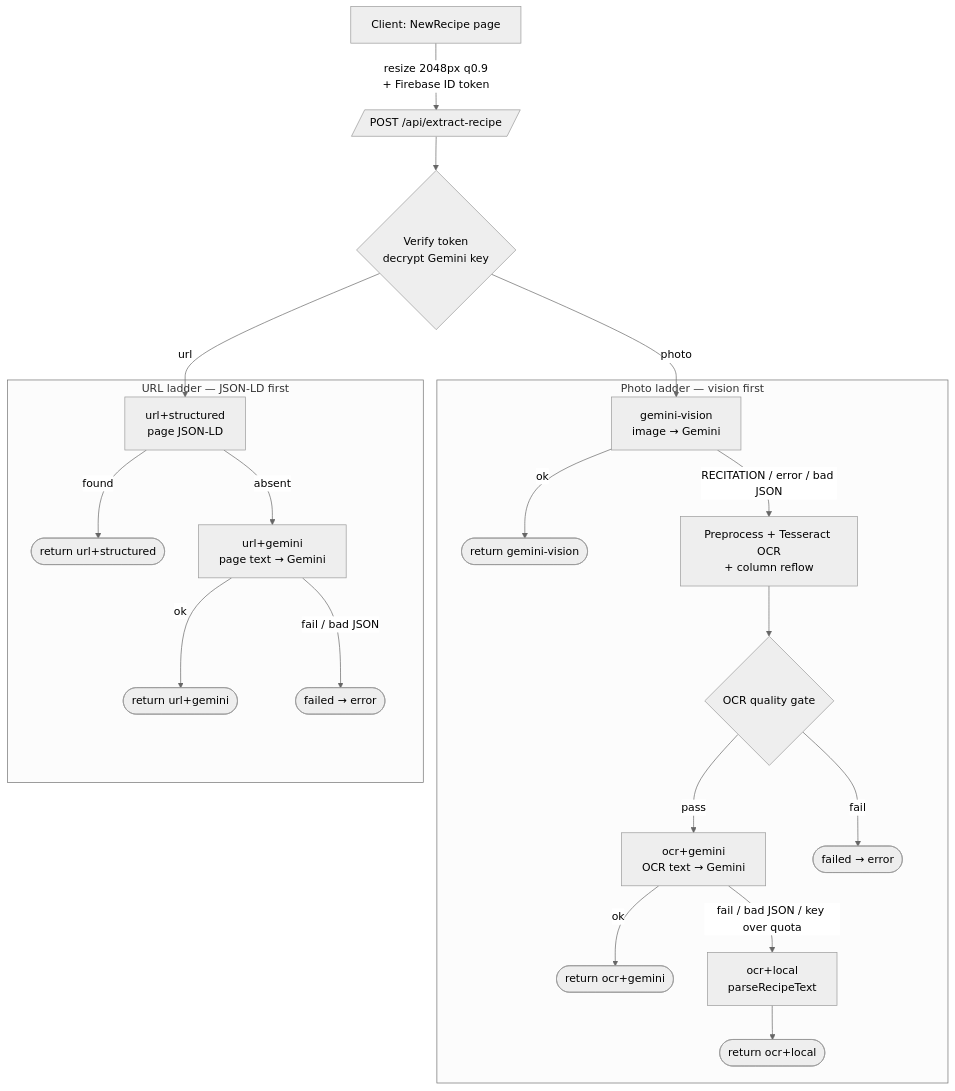
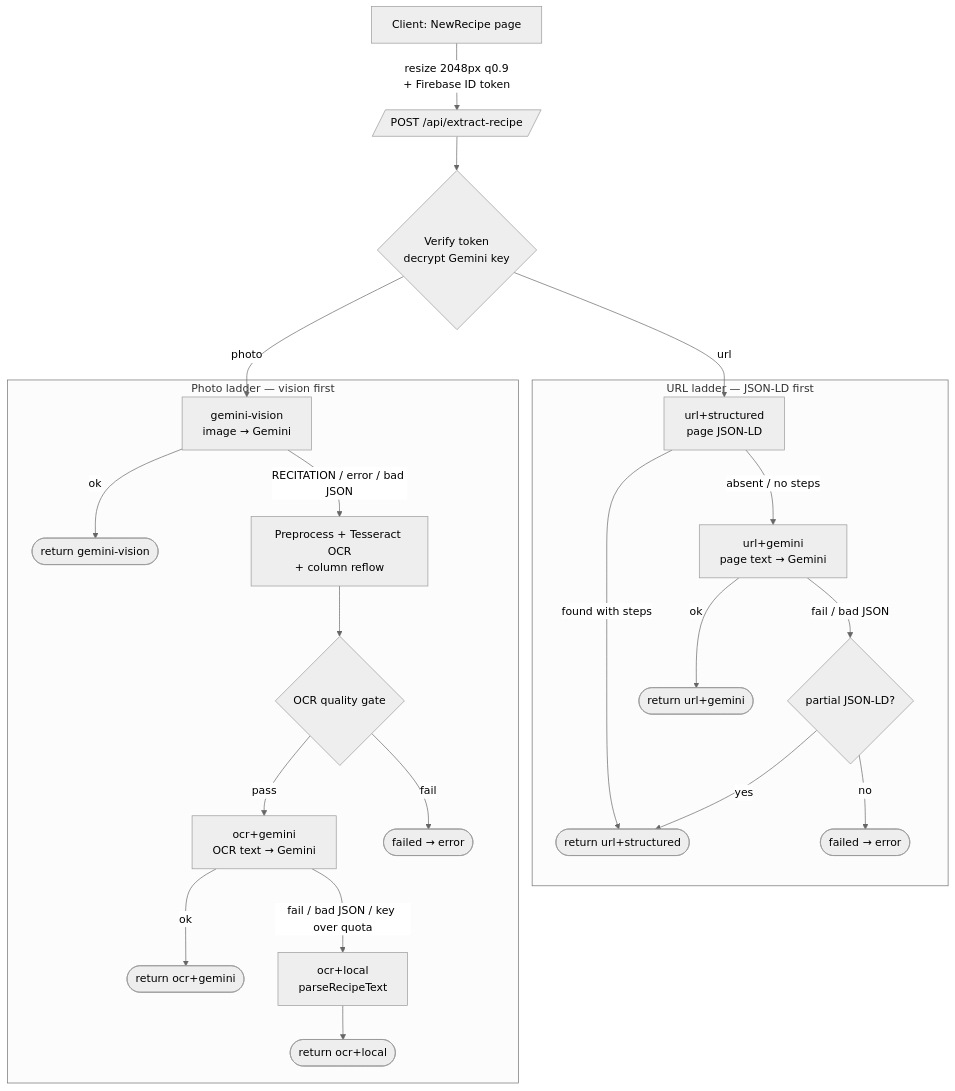
Before and after one commit to cheryllaird/BeckfieldBistroV2: the diagram in docs/recipe-extraction.md, drawn with Mermaid (neutral theme). The commit also changed other lines of this file and 2 other files, not shown here.

First line of the commit message:
Fix missing method in URL recipe extraction (#130)

````diff
--- a/docs/recipe-extraction.md
+++ b/docs/recipe-extraction.md
@@ -60,25 +60,27 @@
 ```mermaid
 flowchart TD
     C[Client: NewRecipe page] -->|"resize 2048px q0.9<br/>+ Firebase ID token"| API[/POST /api/extract-recipe/]
     API --> AUTH{Verify token<br/>decrypt Gemini key}
     AUTH -->|photo| P1
     AUTH -->|url| U1
 
     subgraph PHOTO [Photo ladder — vision first]
         P1[gemini-vision<br/>image → Gemini] -->|ok| R1([return gemini-vision])
         P1 -->|RECITATION / error / bad JSON| P2[Preprocess + Tesseract OCR<br/>+ column reflow]
         P2 --> GATE{OCR quality gate}
         GATE -->|pass| P3[ocr+gemini<br/>OCR text → Gemini]
         P3 -->|ok| R2([return ocr+gemini])
         P3 -->|fail / bad JSON / key over quota| P4[ocr+local<br/>parseRecipeText]
         P4 --> R3([return ocr+local])
         GATE -->|fail| FAILP([failed → error])
     end
 
     subgraph URL [URL ladder — JSON-LD first]
-        U1[url+structured<br/>page JSON-LD] -->|found| R4([return url+structured])
-        U1 -->|absent| U2[url+gemini<br/>page text → Gemini]
+        U1[url+structured<br/>page JSON-LD] -->|found with steps| R4([return url+structured])
+        U1 -->|absent / no steps| U2[url+gemini<br/>page text → Gemini]
         U2 -->|ok| R5([return url+gemini])
-        U2 -->|fail / bad JSON| FAILU([failed → error])
+        U2 -->|fail / bad JSON| U3{partial JSON-LD?}
+        U3 -->|yes| R4
+        U3 -->|no| FAILU([failed → error])
     end
 ```
````
